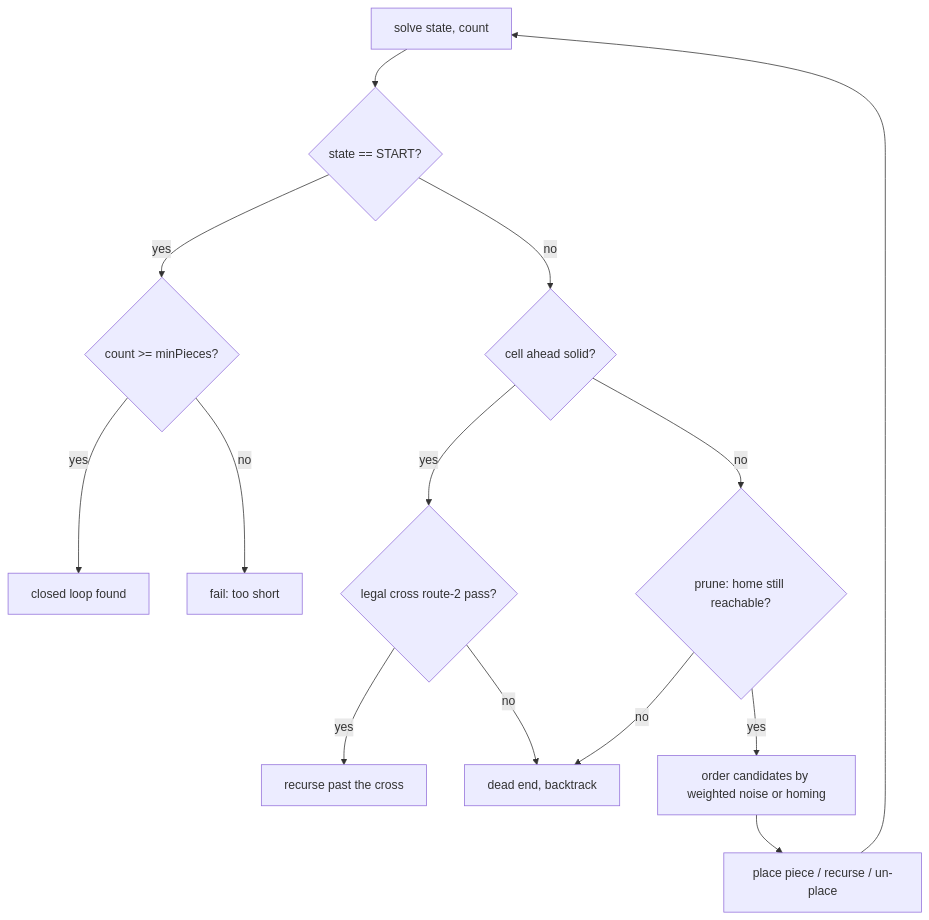
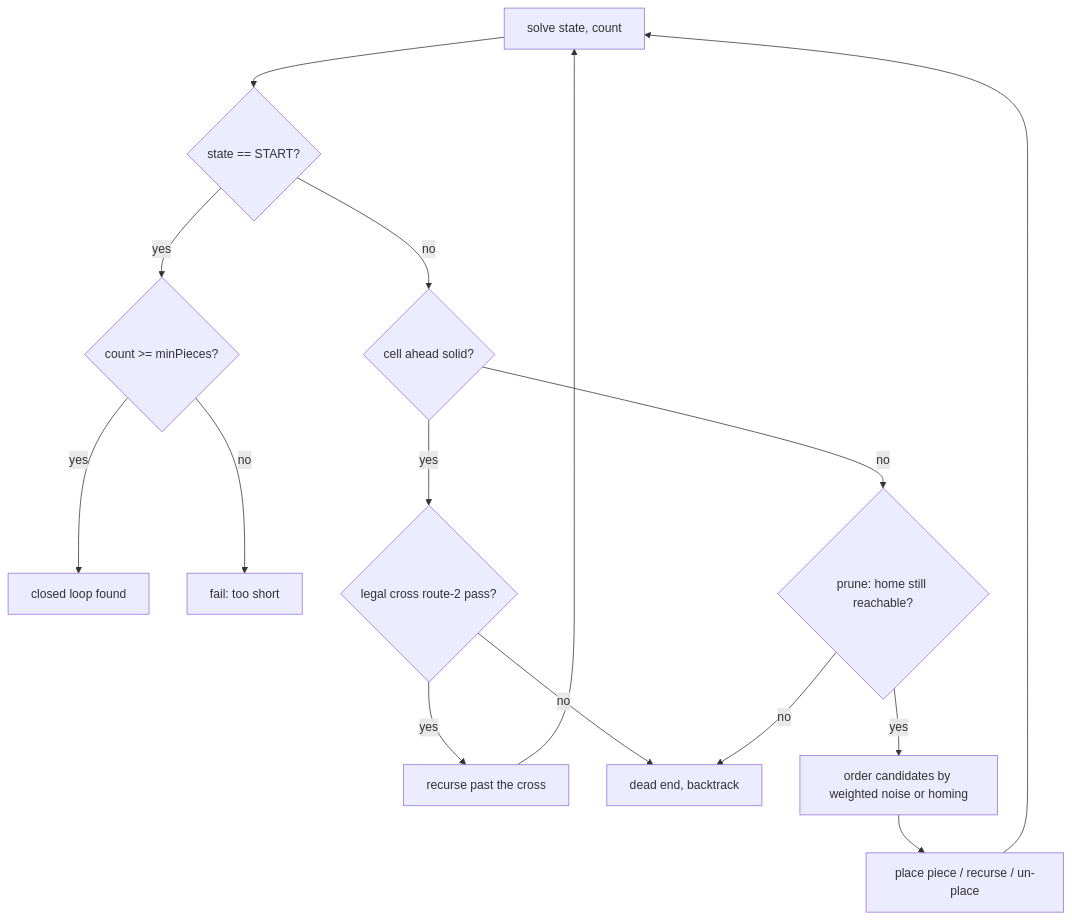
The diagram in docs/HOW_IT_WORKS.md (tanvach/RailCubeAutoGen), drawn with Mermaid before and after one commit. The commit also changed other lines of this file and 4 other files, not shown here.

First line of the commit message:
Repair How It Works swing figure and solver flowchart.

````diff
--- a/docs/HOW_IT_WORKS.md
+++ b/docs/HOW_IT_WORKS.md
@@ -228,16 +230,17 @@
 ```mermaid
 flowchart TD
     A[solve state, count] --> B{state == START?}
     B -- yes --> C{count >= minPieces?}
     C -- yes --> W[closed loop found]
     C -- no --> F[fail: too short]
     B -- no --> D{cell ahead solid?}
     D -- yes --> E{legal cross route-2 pass?}
     E -- yes --> A2[recurse past the cross]
+    A2 --> A
     E -- no --> F2[dead end, backtrack]
     D -- no --> P{prune: home still reachable?}
     P -- no --> F2
     P -- yes --> O[order candidates by weighted noise or homing]
     O --> L[place piece / recurse / un-place]
     L --> A
 ```
````
